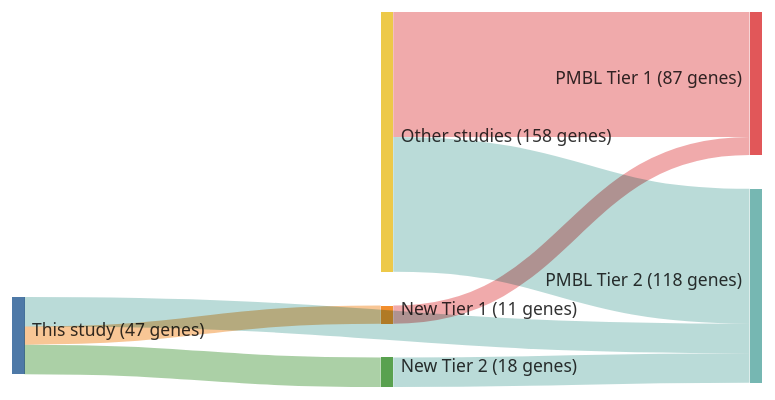
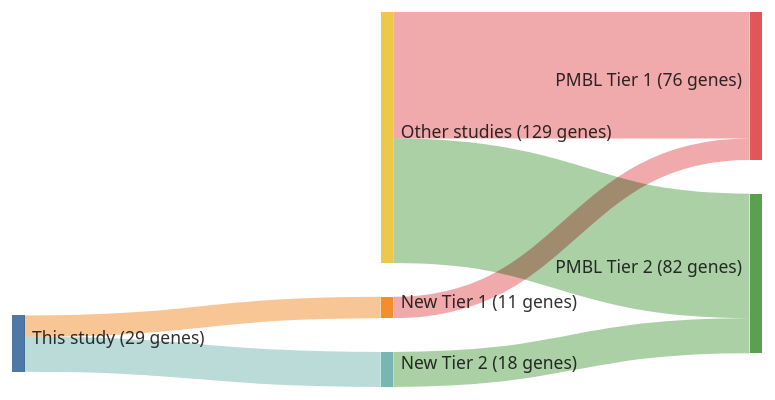
The diagram in papers/reichelFlowSortingExome2015a.md (morinlab/lymphopedia), drawn with Mermaid before and after one commit. The commit also changed 81 other files, not shown here.

````diff
--- a/papers/reichelFlowSortingExome2015a.md
+++ b/papers/reichelFlowSortingExome2015a.md
@@ -12,21 +12,20 @@
 ```mermaid
 ---
 config:
     sankey:
         showValues: true
         linkColor: target
         width: 600
         height: 300
         nodeAlignment: right
         prefix: '('
         suffix: ' genes)'
 ---
 sankey-beta
 This study, New Tier 1, 11
 New Tier 1, PMBL Tier 1, 11
-This study, PMBL Tier 2, 18
 This study, New Tier 2, 18
 New Tier 2, PMBL Tier 2, 18
-Other studies, PMBL Tier 1, 76
-Other studies, PMBL Tier 2, 82
+Other studies, PMBL Tier 1, 65
+Other studies, PMBL Tier 2, 64
 ```
````
